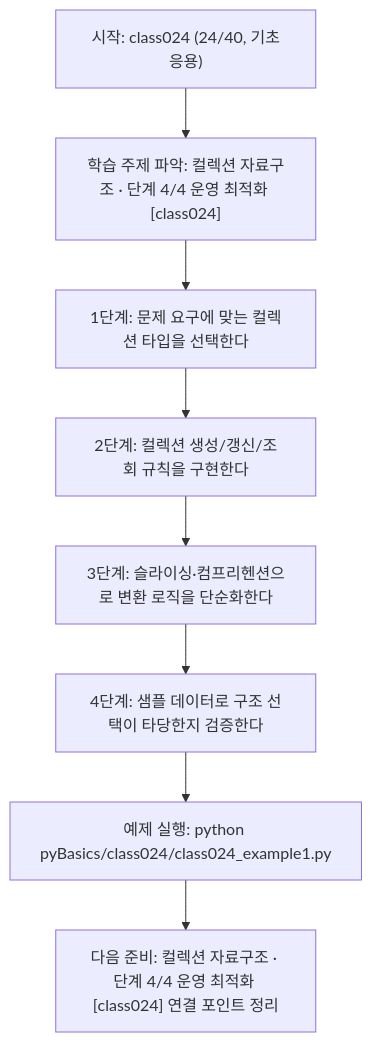
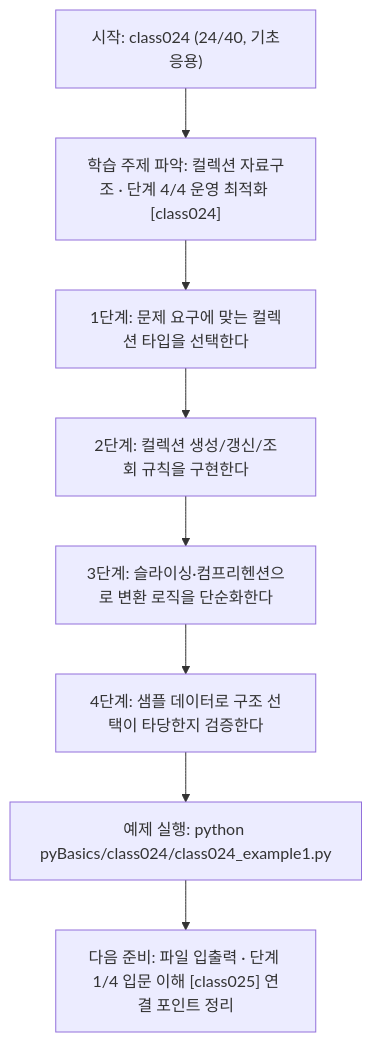
The diagram in pyBasics/class024/class024.md (edumgt/Python-AI_Agent-Class), drawn with Mermaid before and after one commit. The commit also changed other lines of this file and 2370 other files, not shown here.

````diff
--- a/pyBasics/class024/class024.md
+++ b/pyBasics/class024/class024.md
@@ -109,18 +91,18 @@
 ```mermaid
 flowchart TD
 N1["시작: class024 (24/40, 기초응용)"]
 N2["학습 주제 파악: 컬렉션 자료구조 · 단계 4/4 운영 최적화 [class024]"]
 N3["1단계: 문제 요구에 맞는 컬렉션 타입을 선택한다"]
 N4["2단계: 컬렉션 생성/갱신/조회 규칙을 구현한다"]
 N5["3단계: 슬라이싱·컴프리헨션으로 변환 로직을 단순화한다"]
 N6["4단계: 샘플 데이터로 구조 선택이 타당한지 검증한다"]
 N7["예제 실행: python pyBasics/class024/class024_example1.py"]
-N8["다음 준비: 컬렉션 자료구조 · 단계 4/4 운영 최적화 [class024] 연결 포인트 정리"]
+N8["다음 준비: 파일 입출력 · 단계 1/4 입문 이해 [class025] 연결 포인트 정리"]
 N1 --> N2
 N2 --> N3
 N3 --> N4
 N4 --> N5
 N5 --> N6
 N6 --> N7
 N7 --> N8
 ```
````
